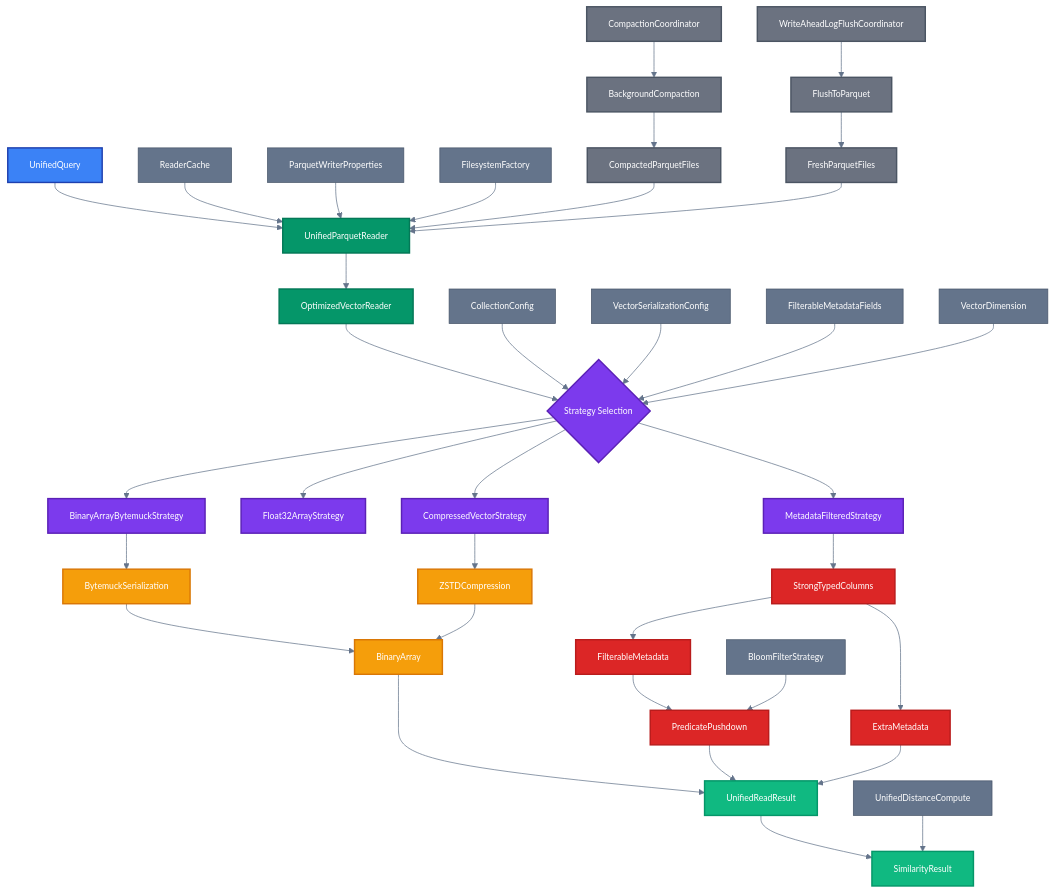
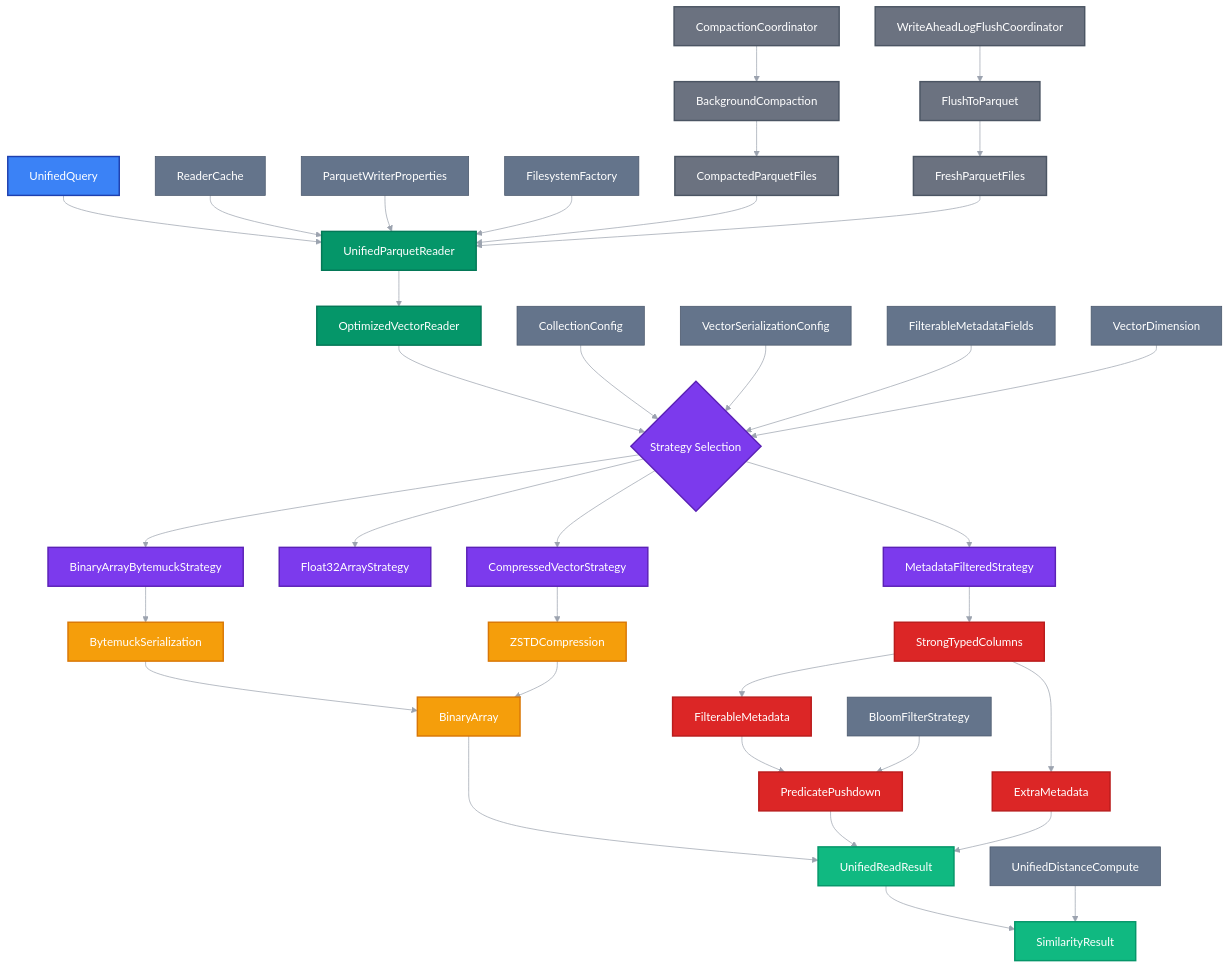
One commit to vjsingh1984/proximaDB changed the diagram in docs/diagrams/unified-parquet-reader-architecture.mmd. Above: the diagram before and after it, drawn with Mermaid. The commit also changed 96 other files, not shown here.

First line of the commit message:
docs: integrate and organize architecture diagrams

```diff
--- a/docs/diagrams/unified-parquet-reader-architecture.mmd
+++ b/docs/diagrams/unified-parquet-reader-architecture.mmd
@@ -1,85 +1,72 @@
-%%{init: {'theme':'base', 'themeVariables': { 
-  'primaryColor':'#1e293b', 
-  'primaryTextColor':'#ffffff', 
-  'primaryBorderColor':'#334155', 
-  'lineColor':'#64748b', 
-  'secondaryColor':'#3b82f6',
-  'tertiaryColor':'#e2e8f0',
-  'background':'#f8fafc',
-  'mainBkg':'#ffffff',
-  'secondBkg':'#f1f5f9',
-  'tertiaryBkg':'#e2e8f0',
-  'fontSize':'12px', 
-  'fontFamily':'Inter, -apple-system, sans-serif'
-}}}%%
+%%{init: {'theme':'neutral', 'themeVariables': {'primaryColor':'#3b82f6','primaryTextColor':'#1f2937','primaryBorderColor':'#6b7280','lineColor':'#9ca3af','secondaryColor':'#10b981','tertiaryColor':'#f59e0b','background':'transparent','mainBkg':'#f3f4f6','secondBkg':'#e5e7eb','textColor':'#1f2937'}}}%%
 
 graph TD
     A[UnifiedQuery] --> B[UnifiedParquetReader]
     B --> C[OptimizedVectorReader]
     C --> D{Strategy Selection}
     
     %% Strategy Selection Inputs
     E[CollectionConfig] --> D
     F[VectorSerializationConfig] --> D
     G[FilterableMetadataFields] --> D
     H[VectorDimension] --> D
     
     %% Reading Strategies
     D --> I[BinaryArrayBytemuckStrategy]
     D --> J[Float32ArrayStrategy] 
     D --> K[CompressedVectorStrategy]
     D --> L[MetadataFilteredStrategy]
     
     %% Compression Layer
     I --> M[BytemuckSerialization]
     K --> N[ZSTDCompression]
     M --> O[BinaryArray]
     N --> O
     
     %% Metadata Processing
     L --> P[StrongTypedColumns]
     P --> Q[FilterableMetadata]
     P --> R[ExtraMetadata]
     Q --> S[PredicatePushdown]
     
     %% Result Processing
     O --> T[UnifiedReadResult]
     S --> T
     R --> T
     T --> U[SimilarityResult]
     
     %% Background Processes
     V[CompactionCoordinator] --> W[BackgroundCompaction]
     X[WriteAheadLogFlushCoordinator] --> Y[FlushToParquet]
     W --> Z[CompactedParquetFiles]
     Y --> AA[FreshParquetFiles]
     
     %% Supporting Infrastructure
     BB[ReaderCache] --> B
     CC[ParquetWriterProperties] --> B
     DD[FilesystemFactory] --> B
     EE[UnifiedDistanceCompute] --> U
     FF[BloomFilterStrategy] --> S
 
     %% Data Flow Connections
     Z --> B
     AA --> B
     
     %% Styling
     classDef queryClass fill:#3b82f6,stroke:#1e40af,stroke-width:2px,color:#ffffff
     classDef readerClass fill:#059669,stroke:#047857,stroke-width:2px,color:#ffffff
     classDef strategyClass fill:#7c3aed,stroke:#5b21b6,stroke-width:2px,color:#ffffff
     classDef compressionClass fill:#f59e0b,stroke:#d97706,stroke-width:2px,color:#ffffff
     classDef metadataClass fill:#dc2626,stroke:#b91c1c,stroke-width:2px,color:#ffffff
     classDef resultClass fill:#10b981,stroke:#059669,stroke-width:2px,color:#ffffff
     classDef backgroundClass fill:#6b7280,stroke:#4b5563,stroke-width:2px,color:#ffffff
     classDef supportClass fill:#64748b,stroke:#475569,stroke-width:1px,color:#ffffff
 
     class A queryClass
     class B,C readerClass
     class D,I,J,K,L strategyClass
     class M,N,O compressionClass
     class P,Q,R,S metadataClass
     class T,U resultClass
     class V,W,X,Y,Z,AA backgroundClass
     class E,F,G,H,BB,CC,DD,EE,FF supportClass
```
